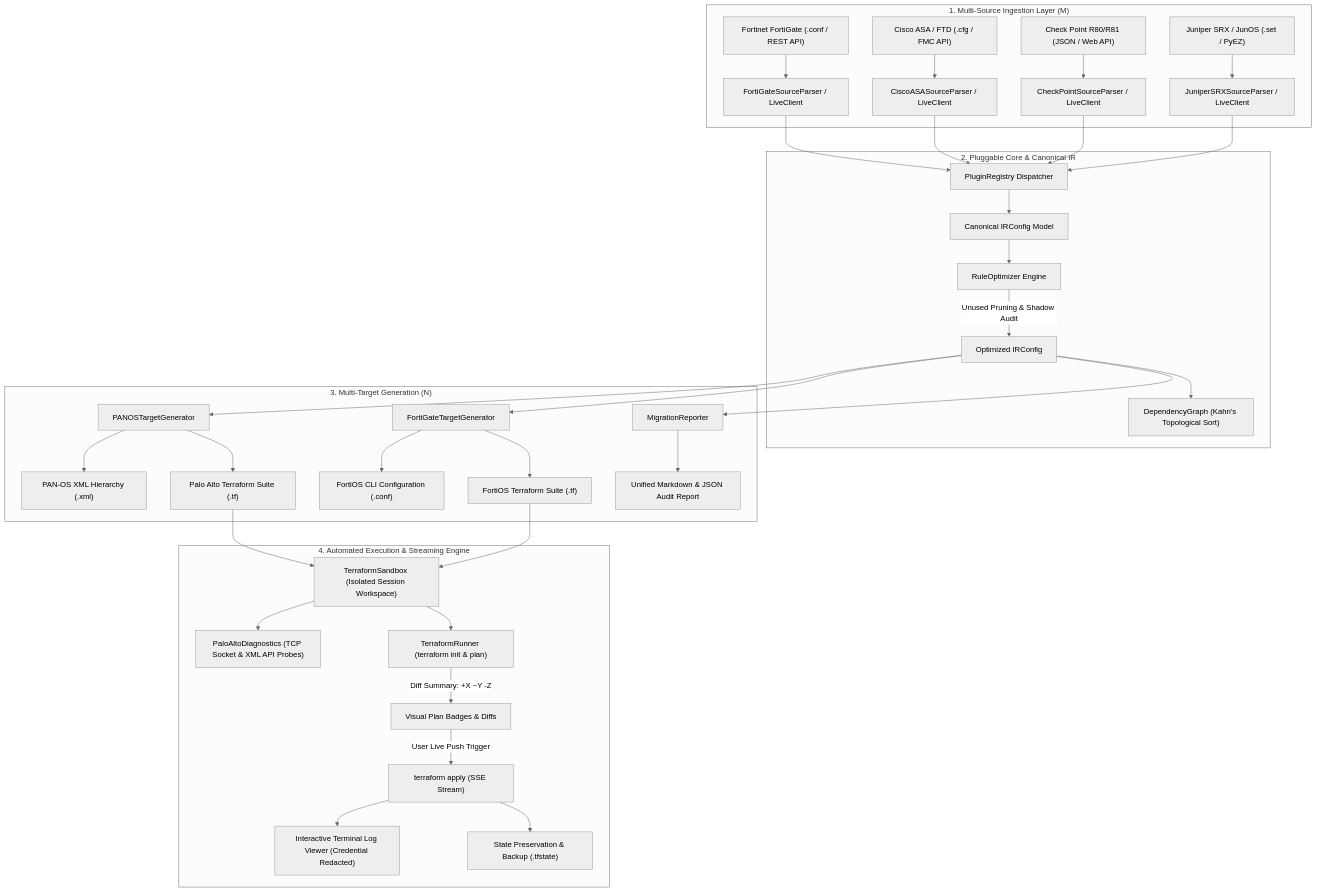
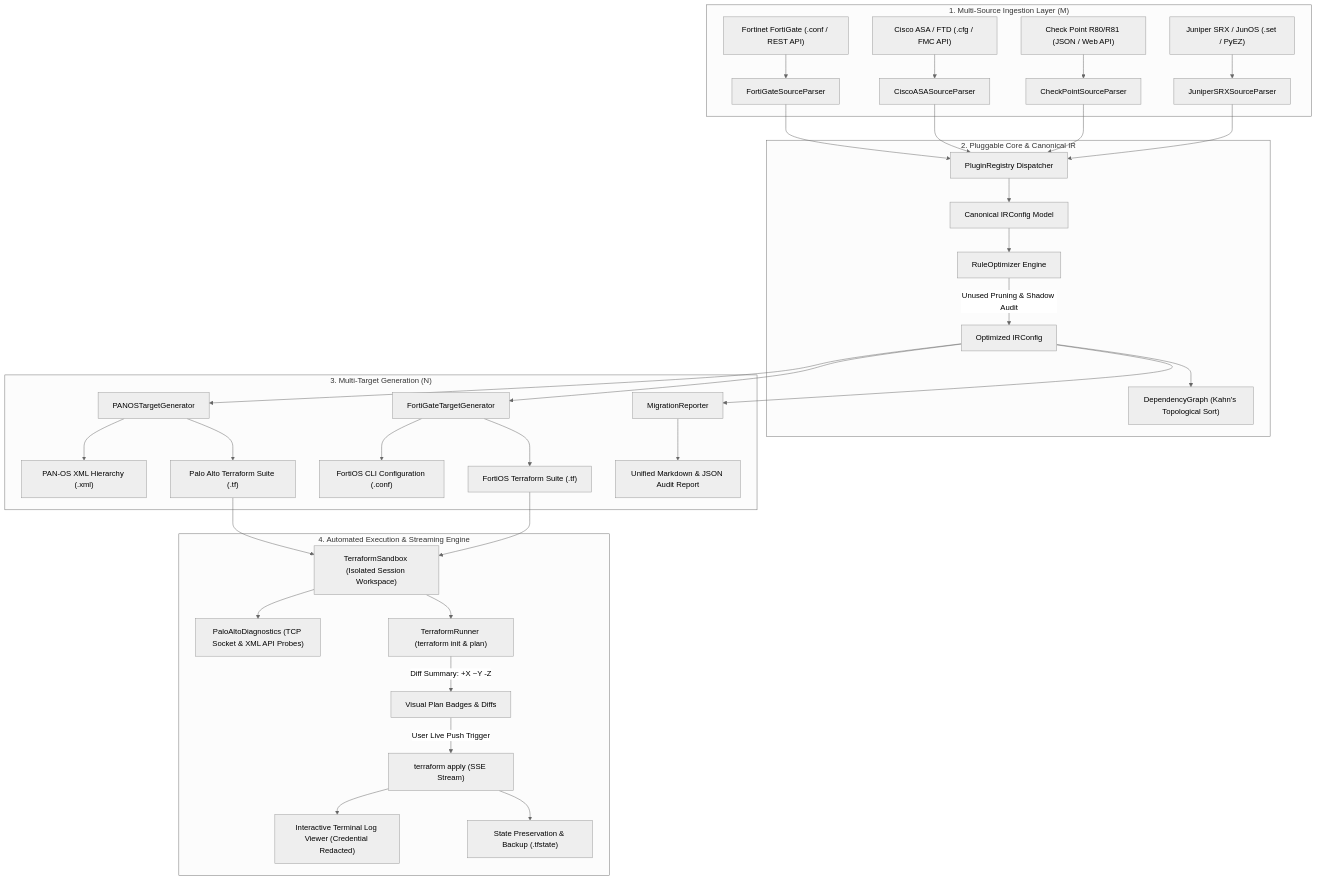
One commit to chaziyu/firewall-migration-tool changed the diagram in documentation/Project Detail.md. Above: the diagram before and after it, drawn with Mermaid (neutral theme). The commit also changed other lines of this file and 44 other files, not shown here.

Commit message:
refactor: completely remove live API ingestion and enforce file-based input

````diff
--- a/documentation/Project Detail.md
+++ b/documentation/Project Detail.md
@@ -90,40 +88,40 @@
 ```mermaid
 flowchart TD
     subgraph Ingestion["1. Multi-Source Ingestion Layer (M)"]
-        A1["Fortinet FortiGate (.conf / REST API)"] --> B1["FortiGateSourceParser / LiveClient"]
-        A2["Cisco ASA / FTD (.cfg / FMC API)"] --> B2["CiscoASASourceParser / LiveClient"]
-        A3["Check Point R80/R81 (JSON / Web API)"] --> B3["CheckPointSourceParser / LiveClient"]
-        A4["Juniper SRX / JunOS (.set / PyEZ)"] --> B4["JuniperSRXSourceParser / LiveClient"]
+        A1["Fortinet FortiGate (.conf / REST API)"] --> B1["FortiGateSourceParser"]
+        A2["Cisco ASA / FTD (.cfg / FMC API)"] --> B2["CiscoASASourceParser"]
+        A3["Check Point R80/R81 (JSON / Web API)"] --> B3["CheckPointSourceParser"]
+        A4["Juniper SRX / JunOS (.set / PyEZ)"] --> B4["JuniperSRXSourceParser"]
     end
 
     subgraph CoreEngine["2. Pluggable Core & Canonical IR"]
         B1 & B2 & B3 & B4 --> C["PluginRegistry Dispatcher"]
         C --> D["Canonical IRConfig Model"]
         D --> E["RuleOptimizer Engine"]
         E -->|Unused Pruning & Shadow Audit| D_Opt["Optimized IRConfig"]
         D_Opt --> F["DependencyGraph (Kahn's Topological Sort)"]
     end
 
     subgraph TargetGeneration["3. Multi-Target Generation (N)"]
         D_Opt --> G1["PANOSTargetGenerator"]
         G1 --> H1["PAN-OS XML Hierarchy (.xml)"]
         G1 --> H2["Palo Alto Terraform Suite (.tf)"]
         
         D_Opt --> G2["FortiGateTargetGenerator"]
         G2 --> H3["FortiOS CLI Configuration (.conf)"]
         G2 --> H4["FortiOS Terraform Suite (.tf)"]
         
         D_Opt --> G3["MigrationReporter"]
         G3 --> H5["Unified Markdown & JSON Audit Report"]
     end
 
     subgraph Execution["4. Automated Execution & Streaming Engine"]
         H2 & H4 --> I["TerraformSandbox (Isolated Session Workspace)"]
         I --> J["PaloAltoDiagnostics (TCP Socket & XML API Probes)"]
         I --> K["TerraformRunner (terraform init & plan)"]
         K -->|Diff Summary: +X ~Y -Z| L["Visual Plan Badges & Diffs"]
         L -->|User Live Push Trigger| M["terraform apply (SSE Stream)"]
         M --> N["Interactive Terminal Log Viewer (Credential Redacted)"]
         M --> O["State Preservation & Backup (.tfstate)"]
     end
 ```
````
